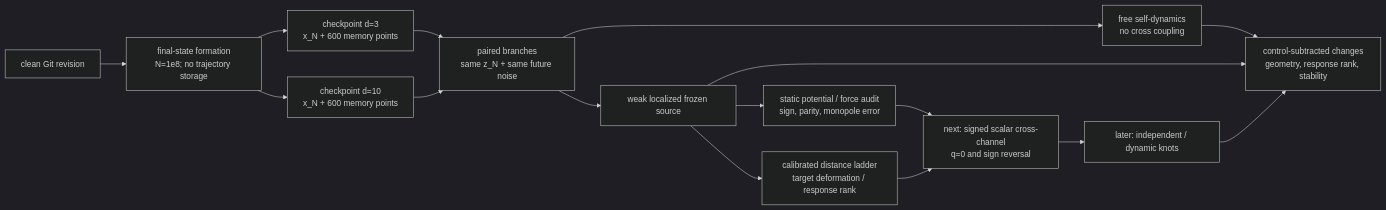
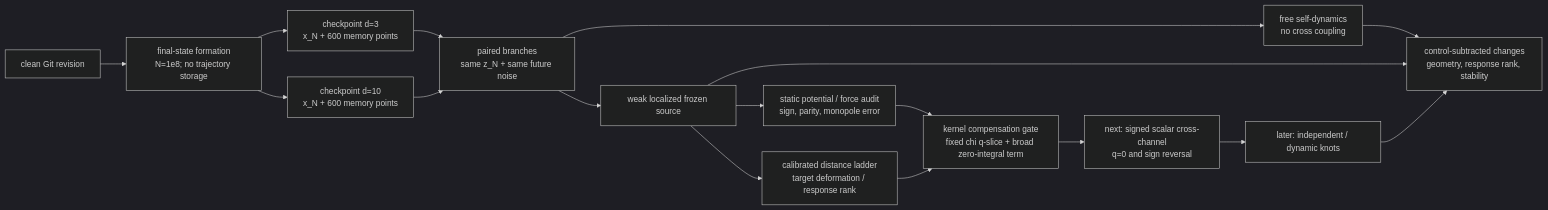
Before and after one commit to MemoryDynamics/Knoten: the fifth of 5 diagrams in docs/reference/repository_map.md, drawn with Mermaid (dark theme). The commit also changed other lines of this file and 12 other files, not shown here.

Commit message:
Add kernel compensation audit and fixed-curvature pilot

````diff
--- a/docs/reference/repository_map.md
+++ b/docs/reference/repository_map.md
@@ -136,18 +138,19 @@
 ```mermaid
 flowchart LR
     clean["clean Git revision"] --> formation["final-state formation<br/>N=1e8; no trajectory storage"]
     formation --> z3["checkpoint d=3<br/>x_N + 600 memory points"]
     formation --> z10["checkpoint d=10<br/>x_N + 600 memory points"]
     z3 --> paired["paired branches<br/>same z_N + same future noise"]
     z10 --> paired
     paired --> free["free self-dynamics<br/>no cross coupling"]
     paired --> probe["weak localized frozen source"]
     probe --> fieldaudit["static potential / force audit<br/>sign, parity, monopole error"]
     probe --> ladder["calibrated distance ladder<br/>target deformation / response rank"]
-    fieldaudit --> channel["next: signed scalar cross-channel<br/>q=0 and sign reversal"]
-    ladder --> channel
+    fieldaudit --> compgate["kernel compensation gate<br/>fixed chi q-slice + broad zero-integral term"]
+    ladder --> compgate
+    compgate --> channel["next: signed scalar cross-channel<br/>q=0 and sign reversal"]
     channel --> multi["later: independent / dynamic knots"]
     free --> delta["control-subtracted changes<br/>geometry, response rank, stability"]
     probe --> delta
     multi --> delta
 ```
````
